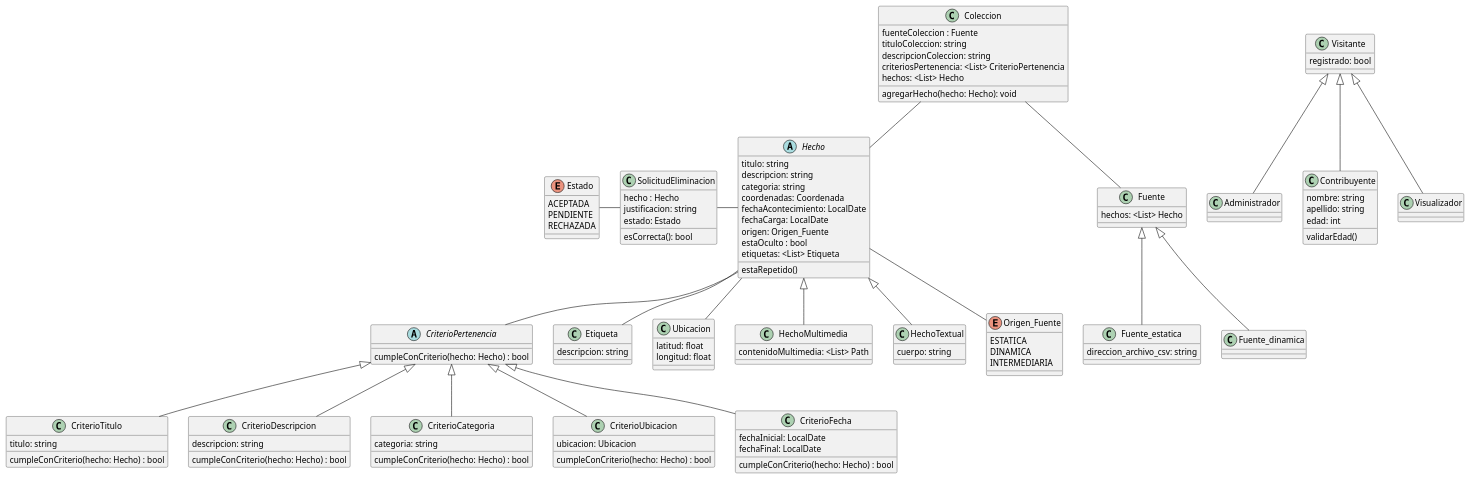
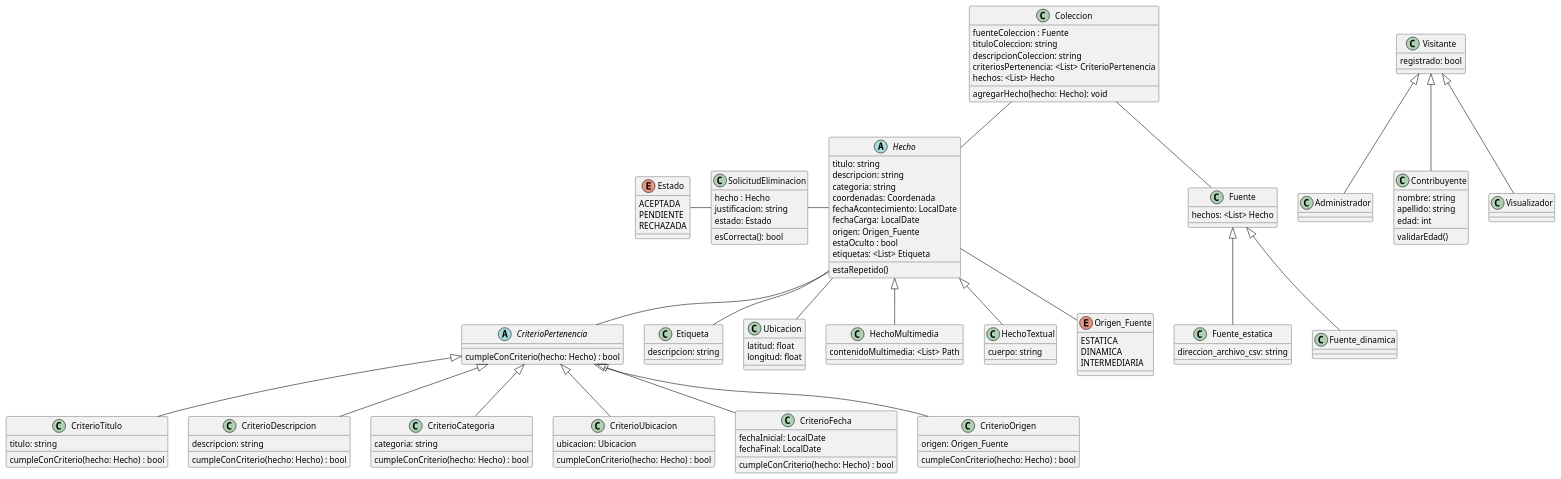
Before and after one commit to David-Schmidt02/Entrega1-TP-DSI: the diagram in diagrama.plantuml, drawn with PlantUML.

Commit message:
Agrego criterio origen_fuente

```diff
--- a/diagrama.plantuml
+++ b/diagrama.plantuml
@@ -1,137 +1,142 @@
 @startuml trabajoPractico
 
 'Clase padre de contribuyente y visualizador
 
 class Visitante {
     registrado: bool
 }
 
 class Administrador extends Visitante {
 
 }
 
 class Contribuyente extends Visitante {
     nombre: string
     apellido: string
     edad: int
     validarEdad()
 }
 
 class Visualizador extends Visitante {
     
 }
 
 class Coleccion {
     fuenteColeccion : Fuente
     tituloColeccion: string
     descripcionColeccion: string
     criteriosPertenencia: <List> CriterioPertenencia
     hechos: <List> Hecho
     agregarHecho(hecho: Hecho): void
 }
 
 class Fuente {
     hechos: <List> Hecho   
 }
 
 class Fuente_estatica extends Fuente {
     direccion_archivo_csv: string
 }
 
 class Fuente_dinamica extends Fuente {}
 
 ' DUDA => Criterios: lista de valores/atributos/lo que sea/ o clase
 ' Se diagraman las fuentes en el DC? o podemos dejarlo como un atributo
 ' "Obtención de hechos en lote por archivos CSV, implicancias en el diagrama de clase
 ' 
 ' https://www.youtube.com/watch?v=IpDr3I1X7Os
 abstract class CriterioPertenencia {
     cumpleConCriterio(hecho: Hecho) : bool
 }
 
 class CriterioTitulo extends CriterioPertenencia {
     titulo: string
     cumpleConCriterio(hecho: Hecho) : bool
 }
 
 class CriterioDescripcion extends CriterioPertenencia {
     descripcion: string
     cumpleConCriterio(hecho: Hecho) : bool
 }
 
 class CriterioCategoria extends CriterioPertenencia {
     categoria: string
     cumpleConCriterio(hecho: Hecho) : bool
 }
 
 class CriterioUbicacion extends CriterioPertenencia {
     ubicacion: Ubicacion
     cumpleConCriterio(hecho: Hecho) : bool
 }
 
 class CriterioFecha extends CriterioPertenencia {
     fechaInicial: LocalDate
     fechaFinal: LocalDate
     cumpleConCriterio(hecho: Hecho) : bool
 }
 
+class CriterioOrigen extends CriterioPertenencia {
+    origen: Origen_Fuente
+    cumpleConCriterio(hecho: Hecho) : bool
+}
+
 abstract class Hecho {
     titulo: string
     descripcion: string
     categoria: string 
     coordenadas: Coordenada
     fechaAcontecimiento: LocalDate
     fechaCarga: LocalDate
     origen: Origen_Fuente
     estaOculto : bool
     etiquetas: <List> Etiqueta
 
     estaRepetido()
 }
 
 class Etiqueta {
     descripcion: string
 }
 
 class Ubicacion {
     latitud: float
     longitud: float
 }
 
 class HechoMultimedia extends Hecho {
     contenidoMultimedia: <List> Path
 }
 
 class HechoTextual extends Hecho {
     cuerpo: string
 }
 
 class SolicitudEliminacion {
     hecho : Hecho
     justificacion: string
     estado: Estado
 
     esCorrecta(): bool
 }
 
 enum Estado {
     ACEPTADA
     PENDIENTE
     RECHAZADA
 }
 
 enum Origen_Fuente {
     ESTATICA 
     DINAMICA
     INTERMEDIARIA
 }
 
 Hecho -- Etiqueta
 Hecho -- Origen_Fuente
 Hecho --left SolicitudEliminacion
 Hecho --up Coleccion
 Hecho -- Ubicacion
 Hecho -- CriterioPertenencia
 Coleccion -- Fuente
 SolicitudEliminacion --left Estado
 @enduml
```
